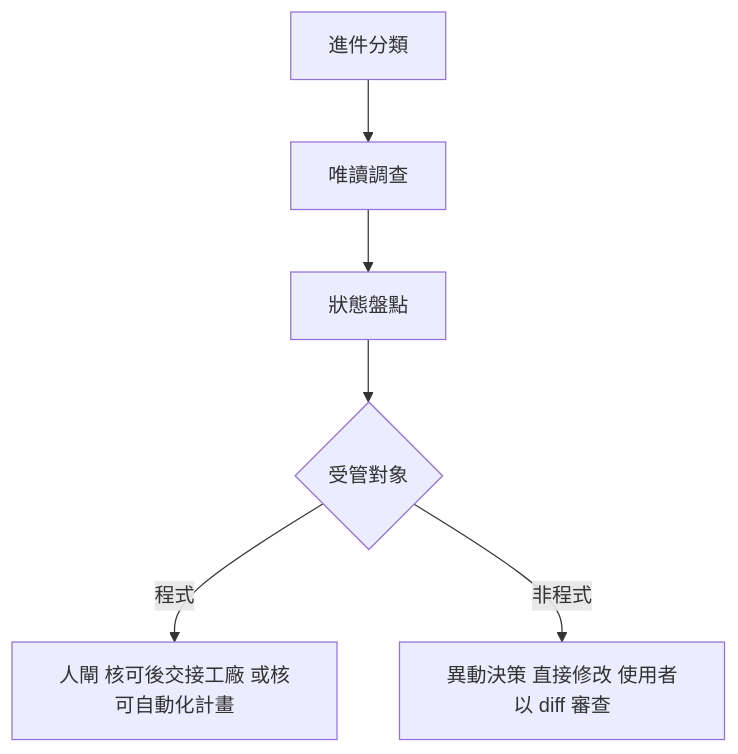
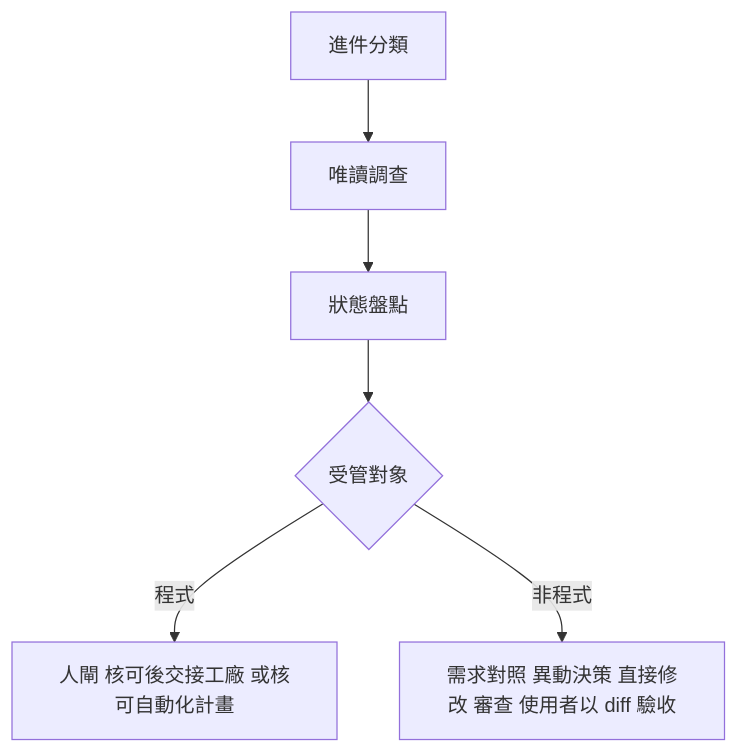
Before and after one commit to nekojuice/.agents: the second of 2 diagrams in README.md, drawn with Mermaid. The commit also changed other lines of this file and 23 other files, not shown here.

````diff
--- a/README.md
+++ b/README.md
@@ -76,8 +76,8 @@
 ```mermaid
 flowchart TD
   A[進件分類] --> B[唯讀調查]
   B --> C[狀態盤點]
   C --> D{受管對象}
   D -- 程式 --> E[人閘 核可後交接工廠 或核可自動化計畫]
-  D -- 非程式 --> F[異動決策 直接修改 使用者以 diff 審查]
+  D -- 非程式 --> F[需求對照 異動決策 直接修改 審查 使用者以 diff 驗收]
 ```
````
